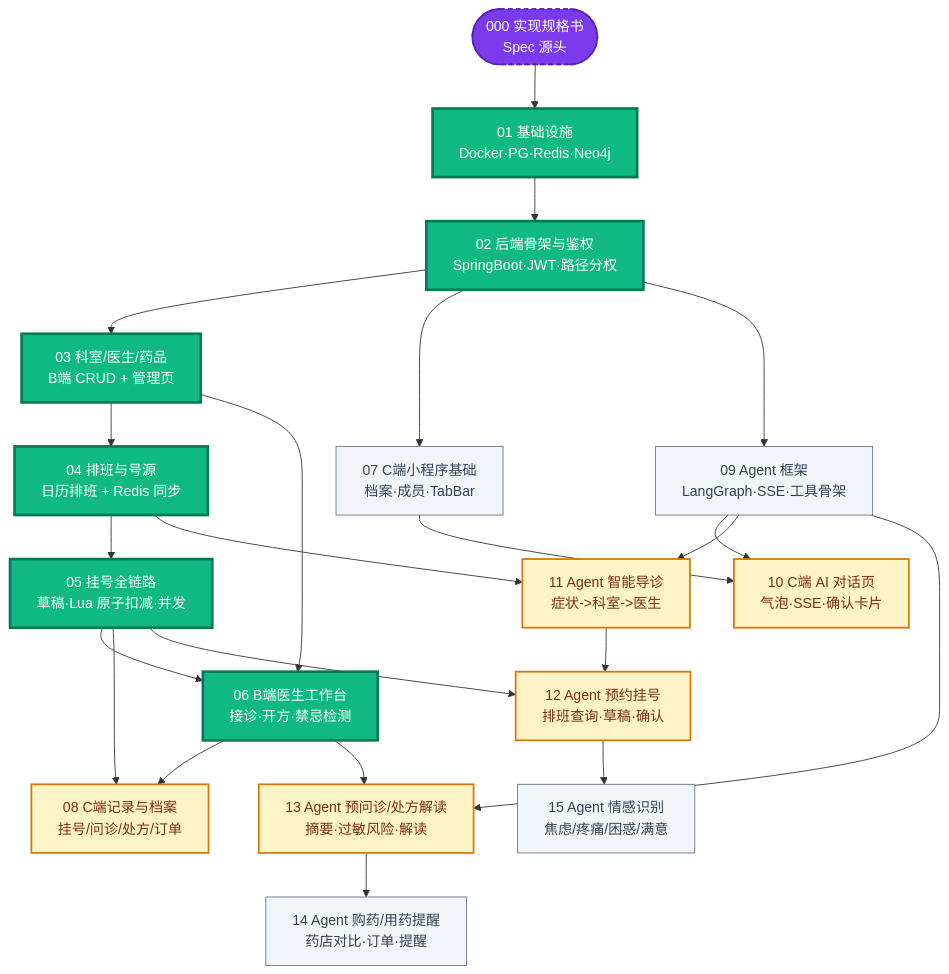
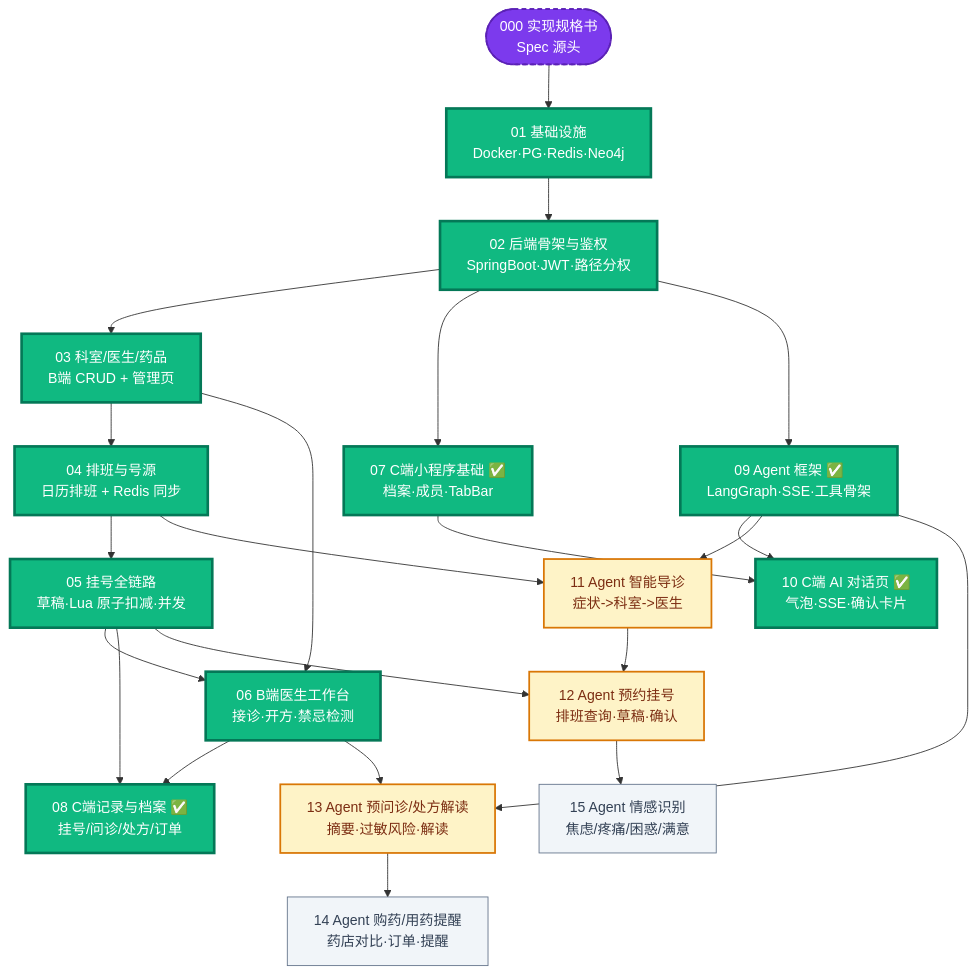
Before and after one commit to qingchen108/zhiyv: the first of 2 diagrams in docs/ticket-dependencies.md, drawn with Mermaid. The commit also changed other lines of this file and 22 other files, not shown here.

````diff
--- a/docs/ticket-dependencies.md
+++ b/docs/ticket-dependencies.md
@@ -17,51 +17,51 @@
 ```mermaid
 graph TD
     S(["000 实现规格书<br/>Spec 源头"])
     T01["01 基础设施<br/>Docker·PG·Redis·Neo4j"]
     T02["02 后端骨架与鉴权<br/>SpringBoot·JWT·路径分权"]
     T03["03 科室/医生/药品<br/>B端 CRUD + 管理页"]
     T04["04 排班与号源<br/>日历排班 + Redis 同步"]
     T05["05 挂号全链路<br/>草稿·Lua 原子扣减·并发"]
     T06["06 B端医生工作台<br/>接诊·开方·禁忌检测"]
-    T07["07 C端小程序基础<br/>档案·成员·TabBar"]
-    T08["08 C端记录与档案<br/>挂号/问诊/处方/订单"]
-    T09["09 Agent 框架<br/>LangGraph·SSE·工具骨架"]
-    T10["10 C端 AI 对话页<br/>气泡·SSE·确认卡片"]
+    T07["07 C端小程序基础 ✅<br/>档案·成员·TabBar"]
+    T08["08 C端记录与档案 ✅<br/>挂号/问诊/处方/订单"]
+    T09["09 Agent 框架 ✅<br/>LangGraph·SSE·工具骨架"]
+    T10["10 C端 AI 对话页 ✅<br/>气泡·SSE·确认卡片"]
     T11["11 Agent 智能导诊<br/>症状->科室->医生"]
     T12["12 Agent 预约挂号<br/>排班查询·草稿·确认"]
     T13["13 Agent 预问诊/处方解读<br/>摘要·过敏风险·解读"]
     T14["14 Agent 购药/用药提醒<br/>药店对比·订单·提醒"]
     T15["15 Agent 情感识别<br/>焦虑/疼痛/困惑/满意"]
 
     S --> T01
     T01 --> T02
     T02 --> T03
     T02 --> T07
     T02 --> T09
     T03 --> T04
     T04 --> T05
     T03 --> T06
     T05 --> T06
     T05 --> T08
     T06 --> T08
     T07 --> T10
     T09 --> T10
     T09 --> T11
     T04 --> T11
     T11 --> T12
     T05 --> T12
     T09 --> T13
     T06 --> T13
     T13 --> T14
     T12 --> T15
 
     classDef spec fill:#7c3aed,stroke:#5b21b6,color:#fff,stroke-width:2px,stroke-dasharray: 5 4
     classDef done fill:#10b981,stroke:#047857,color:#fff,stroke-width:3px
     classDef merge fill:#fef3c7,stroke:#d97706,color:#7c2d12,stroke-width:2px
     classDef todo fill:#f1f5f9,stroke:#64748b,color:#334155
 
     class S spec
-    class T01,T02,T03,T04,T05,T06 done
-    class T08,T10,T11,T12,T13 merge
-    class T07,T09,T14,T15 todo
+    class T01,T02,T03,T04,T05,T06,T07,T08,T09,T10 done
+    class T11,T12,T13 merge
+    class T14,T15 todo
 ```
````
